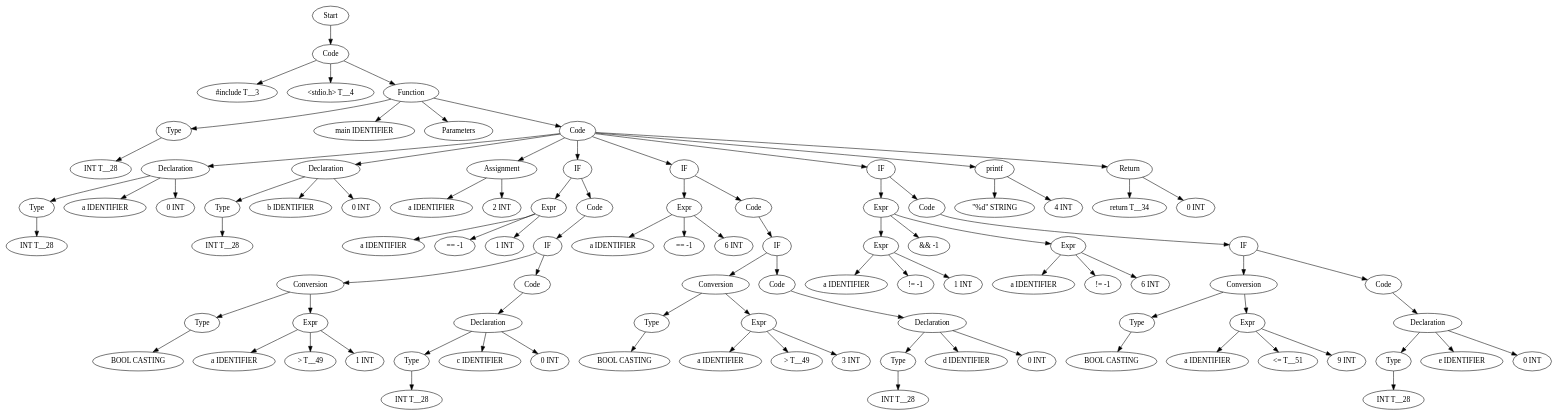
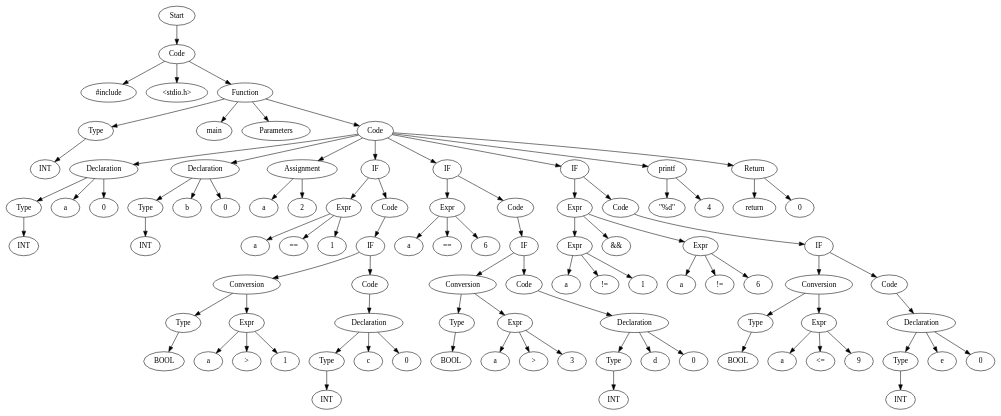
One commit to Are-you-listening/Compilers changed the diagram in TestCases/ASTTests/SwitchTests/createTests/read_file_after.dot. Above: the diagram before and after it, drawn with Graphviz. The commit also changed 94 other files, not shown here.

```diff
--- a/TestCases/ASTTests/SwitchTests/createTests/read_file_after.dot
+++ b/TestCases/ASTTests/SwitchTests/createTests/read_file_after.dot
@@ -1,191 +1,191 @@
 digraph AST {
-  "132577701571856" [label="Start"];
-  "132577701571856" -> "132577701571328";
-  "132577701571328" [label="Code"];
-  "132577701571328" -> "132577701567824";
-  "132577701571328" -> "132577701569648";
-  "132577701571328" -> "132577701574448";
-  "132577701567824" [label="#include T__3"];
-  "132577701569648" [label="<stdio.h> T__4"];
-  "132577701574448" [label="Function"];
-  "132577701574448" -> "132577701573824";
-  "132577701574448" -> "132577701575936";
-  "132577701574448" -> "132577701575888";
-  "132577701574448" -> "132577701718880";
-  "132577701573824" [label="Type"];
-  "132577701573824" -> "132577701568592";
-  "132577701568592" [label="INT T__28"];
-  "132577701575936" [label="main IDENTIFIER"];
-  "132577701575888" [label="Parameters"];
-  "132577701718880" [label="Code"];
-  "132577701718880" -> "132577701723680";
-  "132577701718880" -> "132577701715520";
-  "132577701718880" -> "132577701723920";
-  "132577701718880" -> "132577701718304";
-  "132577701718880" -> "132577701722912";
-  "132577701718880" -> "132577701712112";
-  "132577701718880" -> "132577701829536";
-  "132577701718880" -> "132577701831840";
-  "132577701723680" [label="Declaration"];
-  "132577701723680" -> "132577701715616";
-  "132577701723680" -> "132577701716384";
-  "132577701723680" -> "132577701716048";
-  "132577701715616" [label="Type"];
-  "132577701715616" -> "132577701716528";
-  "132577701716528" [label="INT T__28"];
-  "132577701716384" [label="a IDENTIFIER"];
-  "132577701716048" [label="0 INT"];
-  "132577701715520" [label="Declaration"];
-  "132577701715520" -> "132577701719216";
-  "132577701715520" -> "132577701719888";
-  "132577701715520" -> "132577701723968";
-  "132577701719216" [label="Type"];
-  "132577701719216" -> "132577701719792";
-  "132577701719792" [label="INT T__28"];
-  "132577701719888" [label="b IDENTIFIER"];
-  "132577701723968" [label="0 INT"];
-  "132577701723920" [label="Assignment"];
-  "132577701723920" -> "132577701722000";
-  "132577701723920" -> "132577701721808";
-  "132577701722000" [label="a IDENTIFIER"];
-  "132577701721808" [label="2 INT"];
-  "132577701718304" [label="IF"];
-  "132577701718304" -> "132577701718208";
-  "132577701718304" -> "132577701708320";
-  "132577701718208" [label="Expr"];
-  "132577701718208" -> "132577701712304";
-  "132577701718208" -> "132577701715376";
-  "132577701718208" -> "132577701708368";
-  "132577701712304" [label="a IDENTIFIER"];
-  "132577701715376" [label="== -1"];
-  "132577701708368" [label="1 INT"];
-  "132577701708320" [label="Code"];
-  "132577701708320" -> "132577701723008";
-  "132577701723008" [label="IF"];
-  "132577701723008" -> "132577701707984";
-  "132577701723008" -> "132577701710288";
-  "132577701707984" [label="Conversion"];
-  "132577701707984" -> "132577701723440";
-  "132577701707984" -> "132577701717872";
-  "132577701723440" [label="Type"];
-  "132577701723440" -> "132577701717824";
-  "132577701717824" [label="BOOL CASTING"];
-  "132577701717872" [label="Expr"];
-  "132577701717872" -> "132577701708032";
-  "132577701717872" -> "132577701718736";
-  "132577701717872" -> "132577701709520";
-  "132577701708032" [label="a IDENTIFIER"];
-  "132577701718736" [label="> T__49"];
-  "132577701709520" [label="1 INT"];
-  "132577701710288" [label="Code"];
-  "132577701710288" -> "132577701713552";
-  "132577701713552" [label="Declaration"];
-  "132577701713552" -> "132577701713024";
-  "132577701713552" -> "132577701717632";
-  "132577701713552" -> "132577701721184";
-  "132577701713024" [label="Type"];
-  "132577701713024" -> "132577701717056";
-  "132577701717056" [label="INT T__28"];
-  "132577701717632" [label="c IDENTIFIER"];
-  "132577701721184" [label="0 INT"];
-  "132577701722912" [label="IF"];
-  "132577701722912" -> "132577701721136";
-  "132577701722912" -> "132577701720560";
-  "132577701721136" [label="Expr"];
-  "132577701721136" -> "132577701723200";
-  "132577701721136" -> "132577701712448";
-  "132577701721136" -> "132577701720608";
-  "132577701723200" [label="a IDENTIFIER"];
-  "132577701712448" [label="== -1"];
-  "132577701720608" [label="6 INT"];
-  "132577701720560" [label="Code"];
-  "132577701720560" -> "132577701710528";
-  "132577701710528" [label="IF"];
-  "132577701710528" -> "132577701827424";
-  "132577701710528" -> "132577701823008";
-  "132577701827424" [label="Conversion"];
-  "132577701827424" -> "132577701827328";
-  "132577701827424" -> "132577701827040";
-  "132577701827328" [label="Type"];
-  "132577701827328" -> "132577701827136";
-  "132577701827136" [label="BOOL CASTING"];
-  "132577701827040" [label="Expr"];
-  "132577701827040" -> "132577701826848";
-  "132577701827040" -> "132577701826704";
-  "132577701827040" -> "132577701822912";
-  "132577701826848" [label="a IDENTIFIER"];
-  "132577701826704" [label="> T__49"];
-  "132577701822912" [label="3 INT"];
-  "132577701823008" [label="Code"];
-  "132577701823008" -> "132577701824688";
-  "132577701824688" [label="Declaration"];
-  "132577701824688" -> "132577701823680";
-  "132577701824688" -> "132577701822528";
-  "132577701824688" -> "132577701822960";
-  "132577701823680" [label="Type"];
-  "132577701823680" -> "132577701823584";
-  "132577701823584" [label="INT T__28"];
-  "132577701822528" [label="d IDENTIFIER"];
-  "132577701822960" [label="0 INT"];
-  "132577701712112" [label="IF"];
-  "132577701712112" -> "132577701825168";
-  "132577701712112" -> "132577701829296";
-  "132577701825168" [label="Expr"];
-  "132577701825168" -> "132577701828048";
-  "132577701825168" -> "132577701828624";
-  "132577701825168" -> "132577701828768";
-  "132577701828048" [label="Expr"];
-  "132577701828048" -> "132577701828240";
-  "132577701828048" -> "132577701828384";
-  "132577701828048" -> "132577701828528";
-  "132577701828240" [label="a IDENTIFIER"];
-  "132577701828384" [label="!= -1"];
-  "132577701828528" [label="1 INT"];
-  "132577701828624" [label="&& -1"];
-  "132577701828768" [label="Expr"];
-  "132577701828768" -> "132577701828960";
-  "132577701828768" -> "132577701829104";
-  "132577701828768" -> "132577701829248";
-  "132577701828960" [label="a IDENTIFIER"];
-  "132577701829104" [label="!= -1"];
-  "132577701829248" [label="6 INT"];
-  "132577701829296" [label="Code"];
-  "132577701829296" -> "132577701829488";
-  "132577701829488" [label="IF"];
-  "132577701829488" -> "132577701829680";
-  "132577701829488" -> "132577701830688";
-  "132577701829680" [label="Conversion"];
-  "132577701829680" -> "132577701829872";
-  "132577701829680" -> "132577701830160";
-  "132577701829872" [label="Type"];
-  "132577701829872" -> "132577701830064";
-  "132577701830064" [label="BOOL CASTING"];
-  "132577701830160" [label="Expr"];
-  "132577701830160" -> "132577701830352";
-  "132577701830160" -> "132577701830496";
-  "132577701830160" -> "132577701830640";
-  "132577701830352" [label="a IDENTIFIER"];
-  "132577701830496" [label="<= T__51"];
-  "132577701830640" [label="9 INT"];
-  "132577701830688" [label="Code"];
-  "132577701830688" -> "132577701830880";
-  "132577701830880" [label="Declaration"];
-  "132577701830880" -> "132577701831072";
-  "132577701830880" -> "132577701831360";
-  "132577701830880" -> "132577701831504";
-  "132577701831072" [label="Type"];
-  "132577701831072" -> "132577701831264";
-  "132577701831264" [label="INT T__28"];
-  "132577701831360" [label="e IDENTIFIER"];
-  "132577701831504" [label="0 INT"];
-  "132577701829536" [label="printf"];
-  "132577701829536" -> "132577701831600";
-  "132577701829536" -> "132577701831744";
-  "132577701831600" [label="\"%d\" STRING"];
-  "132577701831744" [label="4 INT"];
-  "132577701831840" [label="Return"];
-  "132577701831840" -> "132577701832032";
-  "132577701831840" -> "132577701832176";
-  "132577701832032" [label="return T__34"];
-  "132577701832176" [label="0 INT"];
+  "140687999954288" [label="Start"];
+  "140687999954288" -> "140688000137056";
+  "140688000137056" [label="Code"];
+  "140688000137056" -> "140688000136144";
+  "140688000137056" -> "140688000132208";
+  "140688000137056" -> "140688000131200";
+  "140688000136144" [label="#include"];
+  "140688000132208" [label="<stdio.h>"];
+  "140688000131200" [label="Function"];
+  "140688000131200" -> "140688000127408";
+  "140688000131200" -> "140688000123664";
+  "140688000131200" -> "140688000137920";
+  "140688000131200" -> "140688000138736";
+  "140688000127408" [label="Type"];
+  "140688000127408" -> "140688000127456";
+  "140688000127456" [label="INT"];
+  "140688000123664" [label="main"];
+  "140688000137920" [label="Parameters"];
+  "140688000138736" [label="Code"];
+  "140688000138736" -> "140688000138400";
+  "140688000138736" -> "140688000134992";
+  "140688000138736" -> "140688000137968";
+  "140688000138736" -> "140688000130576";
+  "140688000138736" -> "140688000131632";
+  "140688000138736" -> "140688000208368";
+  "140688000138736" -> "140688000214896";
+  "140688000138736" -> "140688000217200";
+  "140688000138400" [label="Declaration"];
+  "140688000138400" -> "140688000131248";
+  "140688000138400" -> "140688000129136";
+  "140688000138400" -> "140688000135040";
+  "140688000131248" [label="Type"];
+  "140688000131248" -> "140688000128368";
+  "140688000128368" [label="INT"];
+  "140688000129136" [label="a"];
+  "140688000135040" [label="0"];
+  "140688000134992" [label="Declaration"];
+  "140688000134992" -> "140688000127744";
+  "140688000134992" -> "140688000136288";
+  "140688000134992" -> "140688000131344";
+  "140688000127744" [label="Type"];
+  "140688000127744" -> "140688000136528";
+  "140688000136528" [label="INT"];
+  "140688000136288" [label="b"];
+  "140688000131344" [label="0"];
+  "140688000137968" [label="Assignment"];
+  "140688000137968" -> "140688000130912";
+  "140688000137968" -> "140688000130384";
+  "140688000130912" [label="a"];
+  "140688000130384" [label="2"];
+  "140688000130576" [label="IF"];
+  "140688000130576" -> "140688000123040";
+  "140688000130576" -> "140688000135424";
+  "140688000123040" [label="Expr"];
+  "140688000123040" -> "140688000123808";
+  "140688000123040" -> "140688000132448";
+  "140688000123040" -> "140688000127840";
+  "140688000123808" [label="a"];
+  "140688000132448" [label="=="];
+  "140688000127840" [label="1"];
+  "140688000135424" [label="Code"];
+  "140688000135424" -> "140688000129952";
+  "140688000129952" [label="IF"];
+  "140688000129952" -> "140688000127888";
+  "140688000129952" -> "140688000133312";
+  "140688000127888" [label="Conversion"];
+  "140688000127888" -> "140688000131104";
+  "140688000127888" -> "140688000128128";
+  "140688000131104" [label="Type"];
+  "140688000131104" -> "140688000128992";
+  "140688000128992" [label="BOOL"];
+  "140688000128128" [label="Expr"];
+  "140688000128128" -> "140688000134272";
+  "140688000128128" -> "140688000125872";
+  "140688000128128" -> "140688000133072";
+  "140688000134272" [label="a"];
+  "140688000125872" [label=">"];
+  "140688000133072" [label="1"];
+  "140688000133312" [label="Code"];
+  "140688000133312" -> "140688000139168";
+  "140688000139168" [label="Declaration"];
+  "140688000139168" -> "140688000124000";
+  "140688000139168" -> "140688000213168";
+  "140688000139168" -> "140688000212832";
+  "140688000124000" [label="Type"];
+  "140688000124000" -> "140688000213072";
+  "140688000213072" [label="INT"];
+  "140688000213168" [label="c"];
+  "140688000212832" [label="0"];
+  "140688000131632" [label="IF"];
+  "140688000131632" -> "140688000212736";
+  "140688000131632" -> "140688000207408";
+  "140688000212736" [label="Expr"];
+  "140688000212736" -> "140688000212544";
+  "140688000212736" -> "140688000212496";
+  "140688000212736" -> "140688000212352";
+  "140688000212544" [label="a"];
+  "140688000212496" [label="=="];
+  "140688000212352" [label="6"];
+  "140688000207408" [label="Code"];
+  "140688000207408" -> "140688000208272";
+  "140688000208272" [label="IF"];
+  "140688000208272" -> "140688000206544";
+  "140688000208272" -> "140688000210816";
+  "140688000206544" [label="Conversion"];
+  "140688000206544" -> "140688000207648";
+  "140688000206544" -> "140688000205440";
+  "140688000207648" [label="Type"];
+  "140688000207648" -> "140688000205728";
+  "140688000205728" [label="BOOL"];
+  "140688000205440" [label="Expr"];
+  "140688000205440" -> "140688000210288";
+  "140688000205440" -> "140688000209760";
+  "140688000205440" -> "140688000206688";
+  "140688000210288" [label="a"];
+  "140688000209760" [label=">"];
+  "140688000206688" [label="3"];
+  "140688000210816" [label="Code"];
+  "140688000210816" -> "140688000207216";
+  "140688000207216" [label="Declaration"];
+  "140688000207216" -> "140688000208656";
+  "140688000207216" -> "140688000210528";
+  "140688000207216" -> "140688000206928";
+  "140688000208656" [label="Type"];
+  "140688000208656" -> "140688000204912";
+  "140688000204912" [label="INT"];
+  "140688000210528" [label="d"];
+  "140688000206928" [label="0"];
+  "140688000208368" [label="IF"];
+  "140688000208368" -> "140688000206880";
+  "140688000208368" -> "140688000214656";
+  "140688000206880" [label="Expr"];
+  "140688000206880" -> "140688000208896";
+  "140688000206880" -> "140688000213984";
+  "140688000206880" -> "140688000214128";
+  "140688000208896" [label="Expr"];
+  "140688000208896" -> "140688000212304";
+  "140688000208896" -> "140688000213744";
+  "140688000208896" -> "140688000213888";
+  "140688000212304" [label="a"];
+  "140688000213744" [label="!="];
+  "140688000213888" [label="1"];
+  "140688000213984" [label="&&"];
+  "140688000214128" [label="Expr"];
+  "140688000214128" -> "140688000214320";
+  "140688000214128" -> "140688000214464";
+  "140688000214128" -> "140688000214608";
+  "140688000214320" [label="a"];
+  "140688000214464" [label="!="];
+  "140688000214608" [label="6"];
+  "140688000214656" [label="Code"];
+  "140688000214656" -> "140688000214848";
+  "140688000214848" [label="IF"];
+  "140688000214848" -> "140688000215040";
+  "140688000214848" -> "140688000216048";
+  "140688000215040" [label="Conversion"];
+  "140688000215040" -> "140688000215232";
+  "140688000215040" -> "140688000215520";
+  "140688000215232" [label="Type"];
+  "140688000215232" -> "140688000215424";
+  "140688000215424" [label="BOOL"];
+  "140688000215520" [label="Expr"];
+  "140688000215520" -> "140688000215712";
+  "140688000215520" -> "140688000215856";
+  "140688000215520" -> "140688000216000";
+  "140688000215712" [label="a"];
+  "140688000215856" [label="<="];
+  "140688000216000" [label="9"];
+  "140688000216048" [label="Code"];
+  "140688000216048" -> "140688000216240";
+  "140688000216240" [label="Declaration"];
+  "140688000216240" -> "140688000216432";
+  "140688000216240" -> "140688000216720";
+  "140688000216240" -> "140688000216864";
+  "140688000216432" [label="Type"];
+  "140688000216432" -> "140688000216624";
+  "140688000216624" [label="INT"];
+  "140688000216720" [label="e"];
+  "140688000216864" [label="0"];
+  "140688000214896" [label="printf"];
+  "140688000214896" -> "140688000216960";
+  "140688000214896" -> "140688000217104";
+  "140688000216960" [label="\"%d\""];
+  "140688000217104" [label="4"];
+  "140688000217200" [label="Return"];
+  "140688000217200" -> "140688000217392";
+  "140688000217200" -> "140688000217536";
+  "140688000217392" [label="return"];
+  "140688000217536" [label="0"];
 }
```
